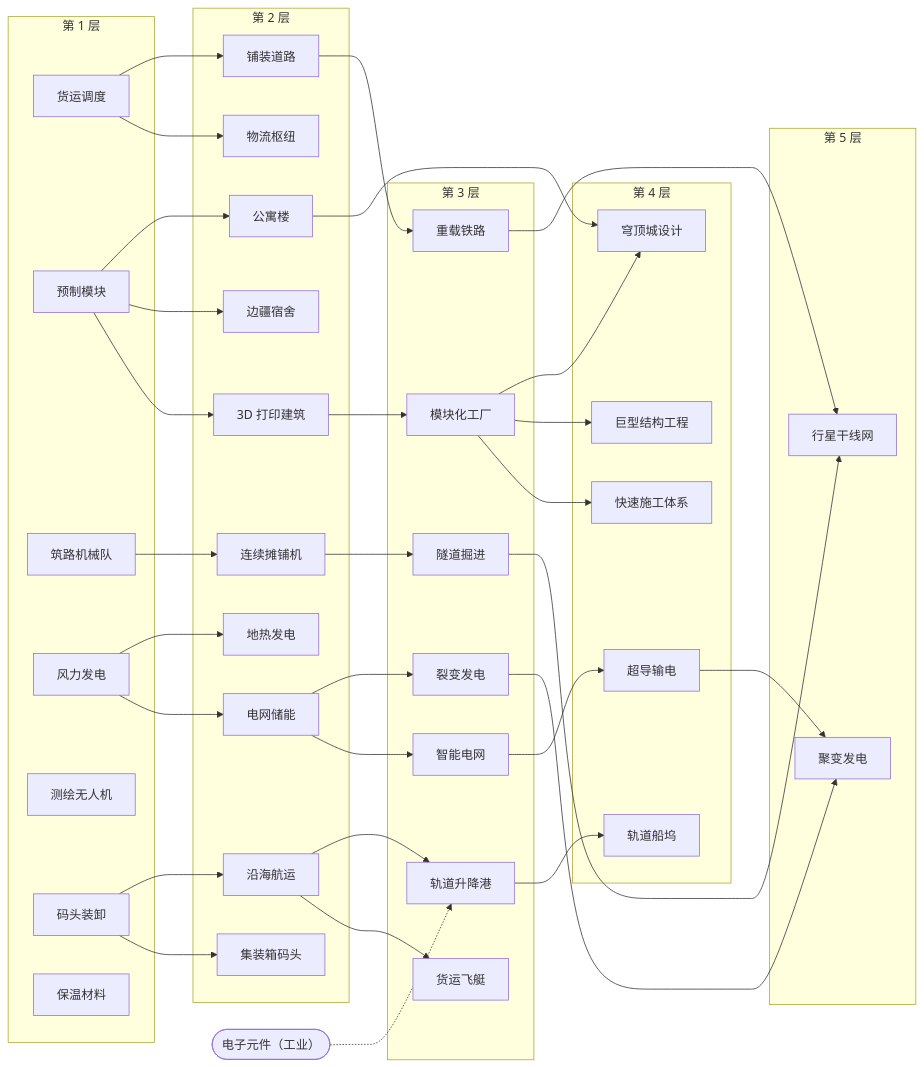
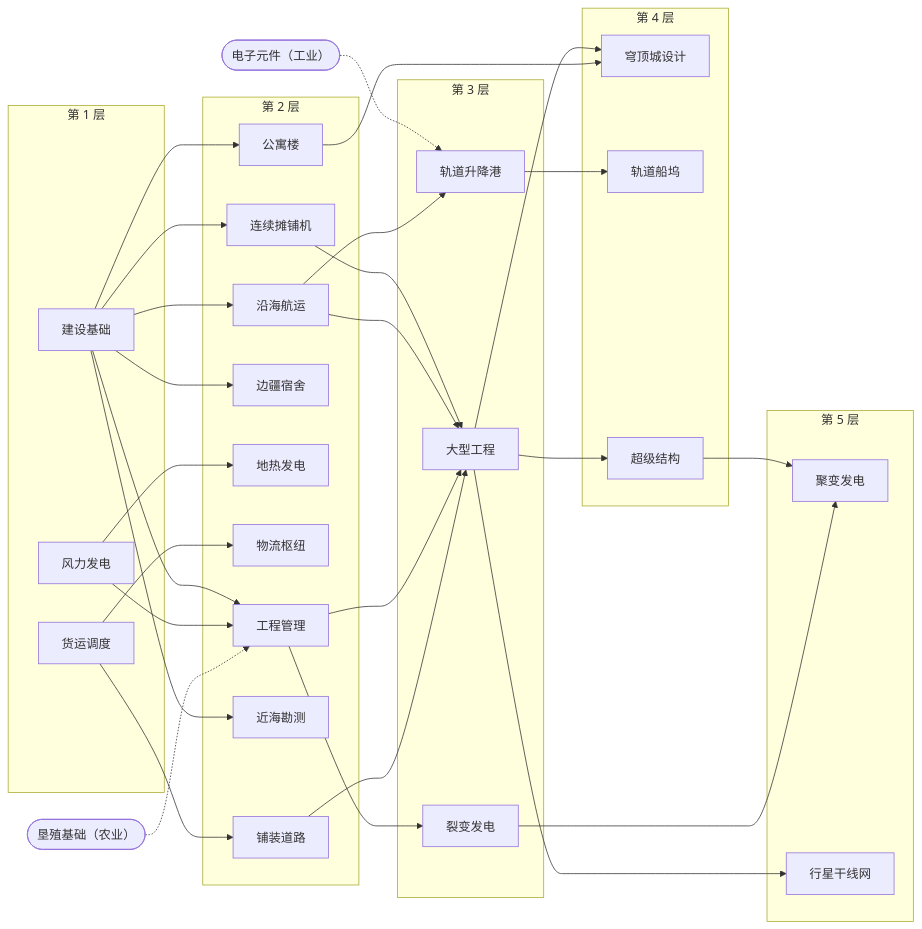
Before and after one commit to Konstantiy1453/brave-new-world: the third of 4 diagrams in docs/v17/TECH_TREE.md, drawn with Mermaid. The commit also changed other lines of this file and 23 other files, not shown here.

````diff
--- a/docs/v17/TECH_TREE.md
+++ b/docs/v17/TECH_TREE.md
@@ -250,73 +202,60 @@
 ```mermaid
 flowchart LR
   subgraph T1["第 1 层"]
     logistics["货运调度"]
-    prefab_modules["预制模块"]
-    road_crews["筑路机械队"]
     wind_power["风力发电"]
-    survey_drones["测绘无人机"]
-    cargo_handling["码头装卸"]
-    insulation["保温材料"]
+    construction_1_merged["建设基础"]
   end
   subgraph T2["第 2 层"]
     paved_roads["铺装道路"]
     shipping["沿海航运"]
     apartments["公寓楼"]
     frontier_lodges["边疆宿舍"]
     geothermal_power["地热发电"]
-    grid_storage["电网储能"]
     freight_yards["物流枢纽"]
-    printed_buildings["3D 打印建筑"]
     road_machines["连续摊铺机"]
-    container_ports["集装箱码头"]
+    offshore_survey["近海勘测"]
+    construction_2_merged["工程管理"]
   end
   subgraph T3["第 3 层"]
     fission_power["裂变发电"]
     lift_port["轨道升降港"]
-    heavy_rail["重载铁路"]
-    modular_fabs["模块化工厂"]
-    cargo_airships["货运飞艇"]
-    smart_grid["智能电网"]
-    tunnel_boring["隧道掘进"]
+    construction_3_merged["大型工程"]
   end
   subgraph T4["第 4 层"]
     arcology_design["穹顶城设计"]
-    megastructures["巨型结构工程"]
-    superconductors["超导输电"]
-    rapid_construction["快速施工体系"]
     orbital_shipyard["轨道船坞"]
+    construction_4_merged["超级结构"]
   end
   subgraph T5["第 5 层"]
     fusion_power["聚变发电"]
     planetary_transit["行星干线网"]
   end
+  agriculture_1_merged(["垦殖基础（农业）"])
   electronics(["电子元件（工业）"])
   logistics --> paved_roads
-  cargo_handling --> shipping
-  prefab_modules --> apartments
-  prefab_modules --> frontier_lodges
+  construction_1_merged --> shipping
+  construction_1_merged --> apartments
+  construction_1_merged --> frontier_lodges
   wind_power --> geothermal_power
-  wind_power --> grid_storage
   logistics --> freight_yards
-  prefab_modules --> printed_buildings
-  road_crews --> road_machines
-  cargo_handling --> container_ports
-  grid_storage --> fission_power
+  construction_1_merged --> road_machines
+  construction_2_merged --> fission_power
   shipping --> lift_port
   electronics -.-> lift_port
-  paved_roads --> heavy_rail
-  printed_buildings --> modular_fabs
-  shipping --> cargo_airships
-  grid_storage --> smart_grid
-  road_machines --> tunnel_boring
   apartments --> arcology_design
-  modular_fabs --> arcology_design
-  modular_fabs --> megastructures
-  smart_grid --> superconductors
-  modular_fabs --> rapid_construction
+  construction_3_merged --> arcology_design
   fission_power --> fusion_power
-  superconductors --> fusion_power
-  heavy_rail --> planetary_transit
-  tunnel_boring --> planetary_transit
+  construction_4_merged --> fusion_power
+  construction_3_merged --> planetary_transit
   lift_port --> orbital_shipyard
+  construction_1_merged --> offshore_survey
+  agriculture_1_merged -.-> construction_2_merged
+  wind_power --> construction_2_merged
+  construction_1_merged --> construction_2_merged
+  paved_roads --> construction_3_merged
+  construction_2_merged --> construction_3_merged
+  shipping --> construction_3_merged
+  road_machines --> construction_3_merged
+  construction_3_merged --> construction_4_merged
 ```
````
